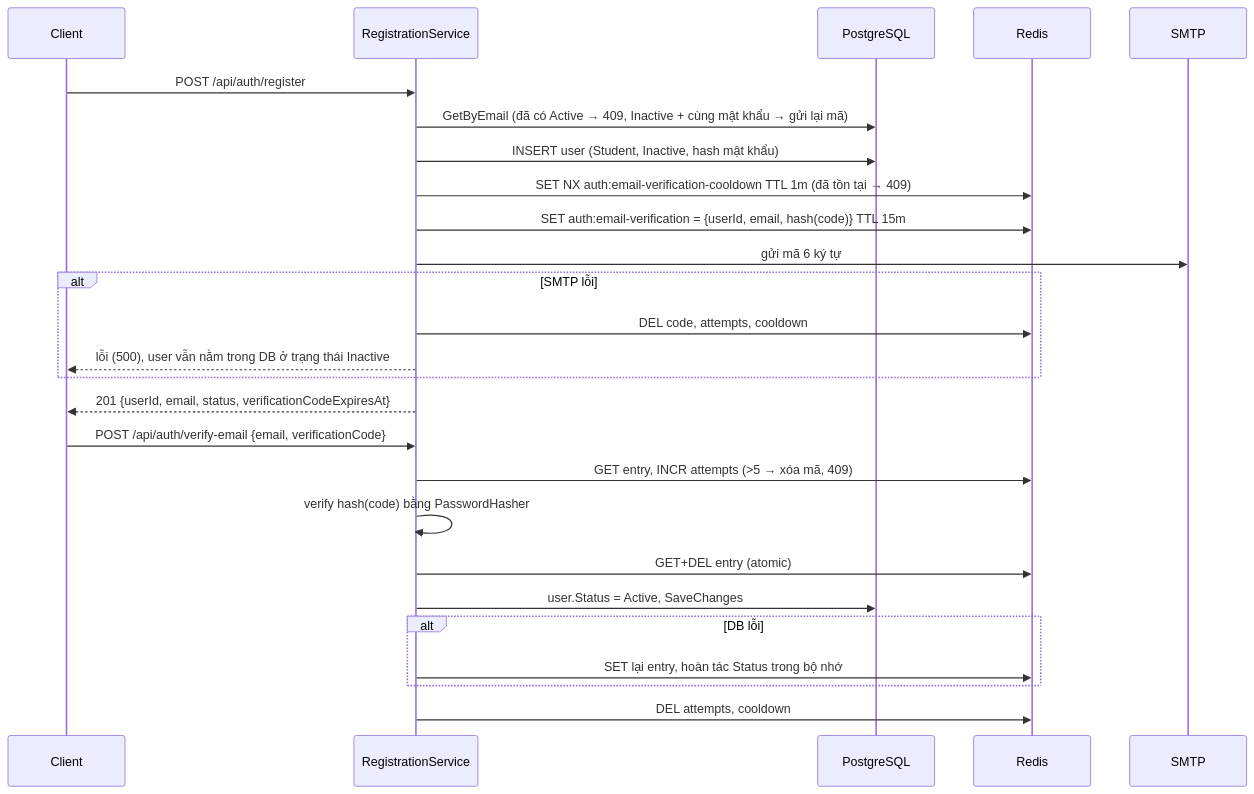
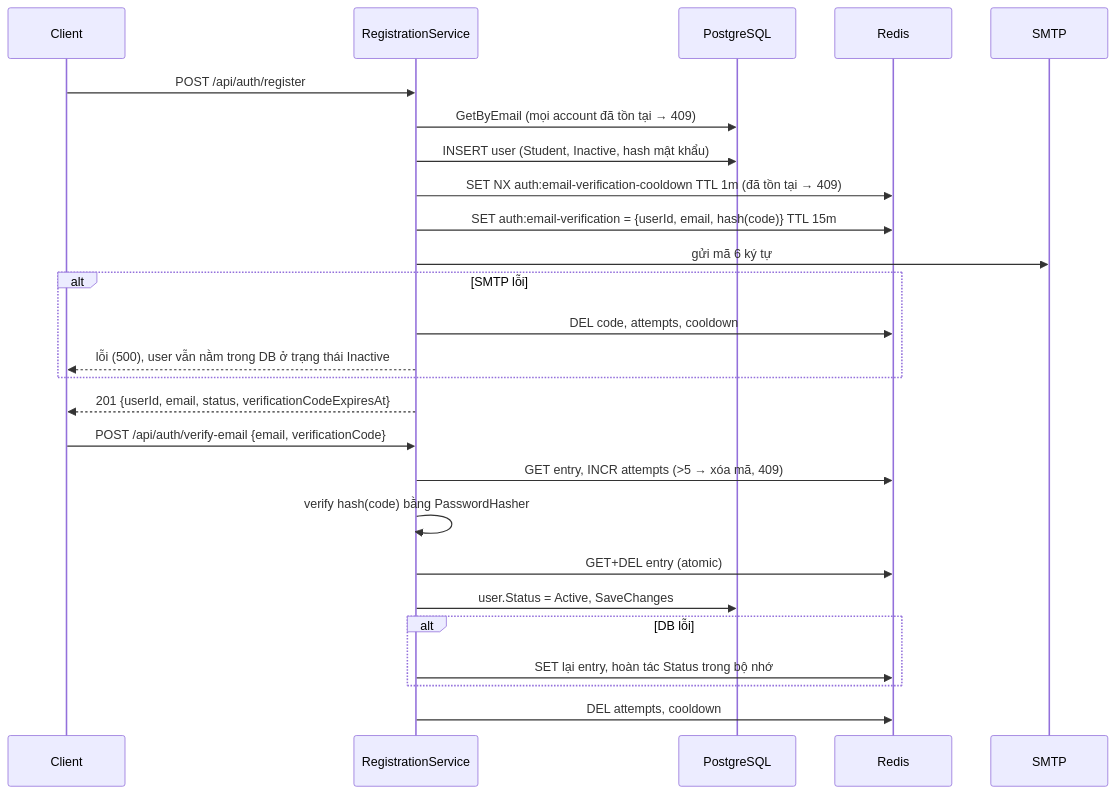
The third of 14 diagrams in docs/architecture/data-flow.md (Ngduczu/web-prog-assignment), drawn with Mermaid before and after one commit. The commit also changed other lines of this file and 7 other files, not shown here.

````diff
--- a/docs/architecture/data-flow.md
+++ b/docs/architecture/data-flow.md
@@ -95,28 +95,28 @@
 ```mermaid
 sequenceDiagram
     participant C as Client
     participant S as RegistrationService
     participant DB as PostgreSQL
     participant R as Redis
     participant M as SMTP
     C->>S: POST /api/auth/register
-    S->>DB: GetByEmail (đã có Active → 409, Inactive + cùng mật khẩu → gửi lại mã)
+    S->>DB: GetByEmail (mọi account đã tồn tại → 409)
     S->>DB: INSERT user (Student, Inactive, hash mật khẩu)
     S->>R: SET NX auth:email-verification-cooldown TTL 1m (đã tồn tại → 409)
     S->>R: SET auth:email-verification = {userId, email, hash(code)} TTL 15m
     S->>M: gửi mã 6 ký tự
     alt SMTP lỗi
         S->>R: DEL code, attempts, cooldown
         S-->>C: lỗi (500), user vẫn nằm trong DB ở trạng thái Inactive
     end
     S-->>C: 201 {userId, email, status, verificationCodeExpiresAt}
     C->>S: POST /api/auth/verify-email {email, verificationCode}
     S->>R: GET entry, INCR attempts (>5 → xóa mã, 409)
     S->>S: verify hash(code) bằng PasswordHasher
     S->>R: GET+DEL entry (atomic)
     S->>DB: user.Status = Active, SaveChanges
     alt DB lỗi
         S->>R: SET lại entry, hoàn tác Status trong bộ nhớ
     end
     S->>R: DEL attempts, cooldown
 ```
````
